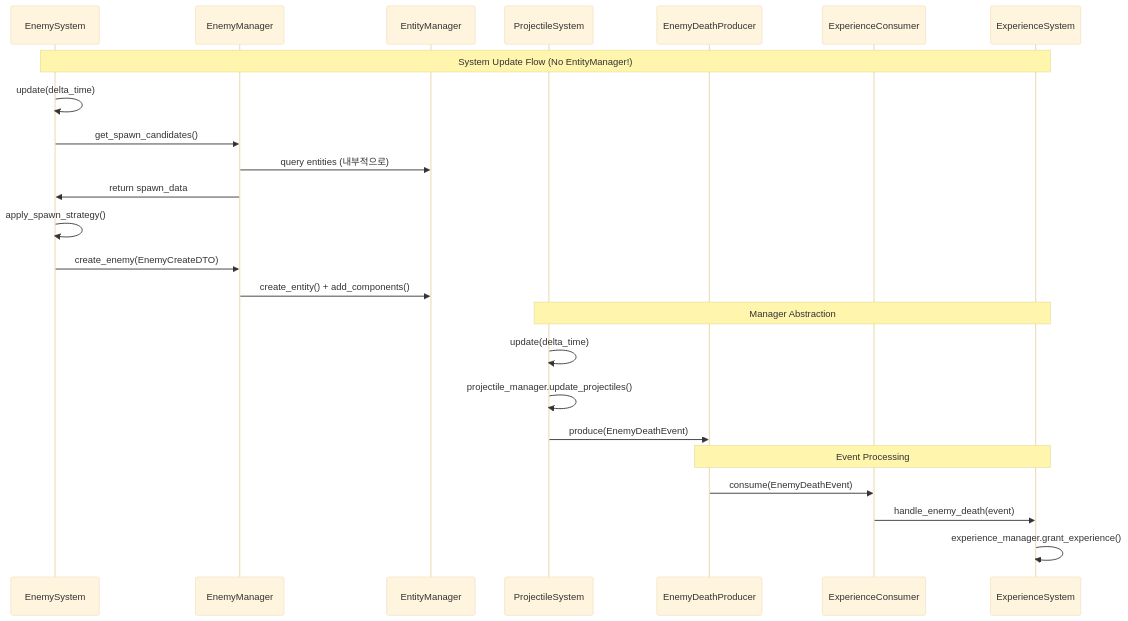
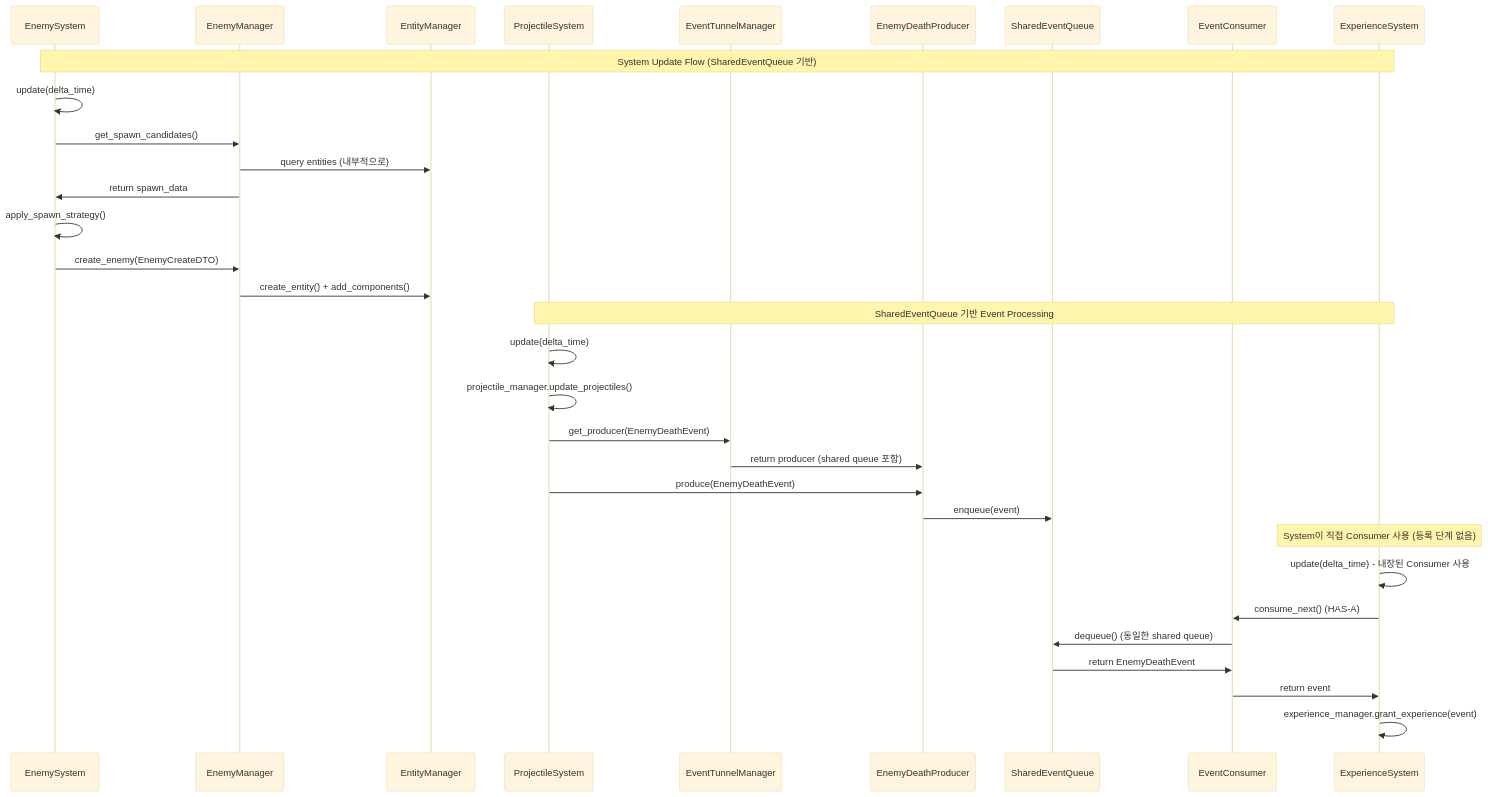
The sixth of 6 diagrams in docs/design2.md (TakSung/AfterSchoolSurvivorsForTakgyun), drawn with Mermaid (base theme) before and after one commit. The commit also changed other lines of this file, not shown here.

````diff
--- a/docs/design2.md
+++ b/docs/design2.md
@@ -389,30 +403,38 @@
 ```mermaid
 sequenceDiagram
     participant ES as EnemySystem
     participant EM as EnemyManager
     participant EntityMgr as EntityManager
     participant PS as ProjectileSystem
+    participant ETM as EventTunnelManager
     participant Producer as EnemyDeathProducer
-    participant Consumer as ExperienceConsumer
+    participant SQ as SharedEventQueue
+    participant Consumer as EventConsumer
     participant ExpSys as ExperienceSystem
 
-    Note over ES,ExpSys: System Update Flow (No EntityManager!)
+    Note over ES,ExpSys: System Update Flow (SharedEventQueue 기반)
     
     ES->>ES: update(delta_time)
     ES->>EM: get_spawn_candidates()
     EM->>EntityMgr: query entities (내부적으로)
     EM->>ES: return spawn_data
     ES->>ES: apply_spawn_strategy()
     ES->>EM: create_enemy(EnemyCreateDTO)
     EM->>EntityMgr: create_entity() + add_components()
     
-    Note over PS,ExpSys: Manager Abstraction
+    Note over PS,ExpSys: SharedEventQueue 기반 Event Processing
     PS->>PS: update(delta_time)
     PS->>PS: projectile_manager.update_projectiles()
+    PS->>ETM: get_producer(EnemyDeathEvent)
+    ETM->>Producer: return producer (shared queue 포함)
     PS->>Producer: produce(EnemyDeathEvent)
+    Producer->>SQ: enqueue(event)
     
-    Note over Producer,ExpSys: Event Processing
-    Producer->>Consumer: consume(EnemyDeathEvent)
-    Consumer->>ExpSys: handle_enemy_death(event)
-    ExpSys->>ExpSys: experience_manager.grant_experience()
+    Note over ExpSys: System이 직접 Consumer 사용 (등록 단계 없음)
+    ExpSys->>ExpSys: update(delta_time) - 내장된 Consumer 사용
+    ExpSys->>Consumer: consume_next() (HAS-A)
+    Consumer->>SQ: dequeue() (동일한 shared queue)
+    SQ->>Consumer: return EnemyDeathEvent
+    Consumer->>ExpSys: return event
+    ExpSys->>ExpSys: experience_manager.grant_experience(event)
 ```
````
